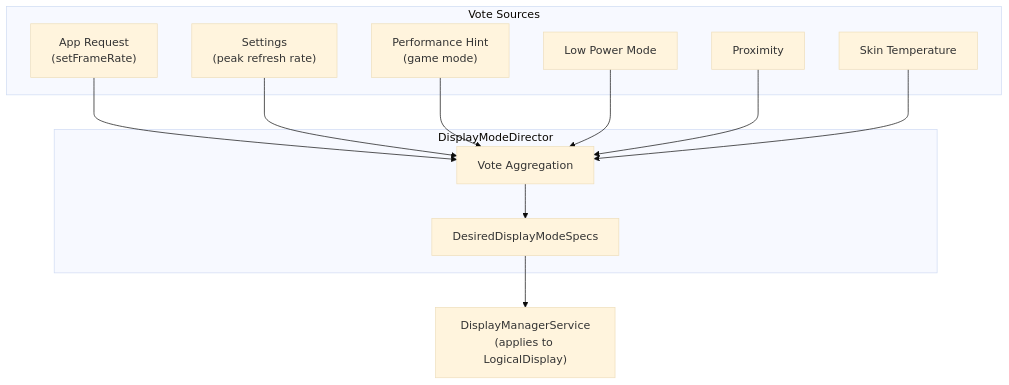
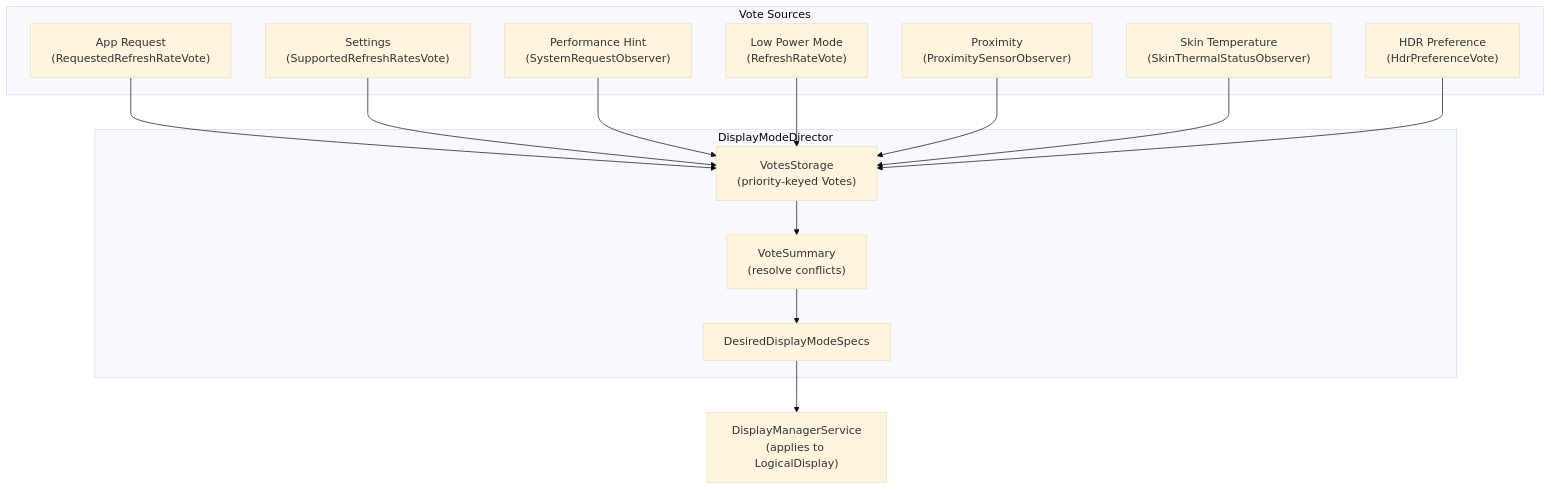
One commit to aospbooks/aosp-internal-book changed the fifth of 43 diagrams in agents/claude/skills/aosp-framework-core/24-display-system.md. Above: the diagram before and after it, drawn with Mermaid (base theme). The commit also changed other lines of this file and 232 other files, not shown here.

````diff
--- a/agents/claude/skills/aosp-framework-core/24-display-system.md
+++ b/agents/claude/skills/aosp-framework-core/24-display-system.md
@@ -355,25 +360,29 @@
 ```mermaid
 graph TD
     subgraph "Vote Sources"
-        APP["App Request<br/>(setFrameRate)"]
-        SET["Settings<br/>(peak refresh rate)"]
-        PERF["Performance Hint<br/>(game mode)"]
-        LOW["Low Power Mode"]
-        PROX["Proximity"]
-        SKIN["Skin Temperature"]
+        APP["App Request<br/>(RequestedRefreshRateVote)"]
+        SET["Settings<br/>(SupportedRefreshRatesVote)"]
+        PERF["Performance Hint<br/>(SystemRequestObserver)"]
+        LOW["Low Power Mode<br/>(RefreshRateVote)"]
+        PROX["Proximity<br/>(ProximitySensorObserver)"]
+        SKIN["Skin Temperature<br/>(SkinThermalStatusObserver)"]
+        HDR["HDR Preference<br/>(HdrPreferenceVote)"]
     end
 
     subgraph "DisplayModeDirector"
-        DIR["Vote Aggregation"]
+        VS["VotesStorage<br/>(priority-keyed Votes)"]
+        SUM["VoteSummary<br/>(resolve conflicts)"]
         SPEC["DesiredDisplayModeSpecs"]
     end
 
-    APP --> DIR
-    SET --> DIR
-    PERF --> DIR
-    LOW --> DIR
-    PROX --> DIR
-    SKIN --> DIR
-    DIR --> SPEC
+    APP --> VS
+    SET --> VS
+    PERF --> VS
+    LOW --> VS
+    PROX --> VS
+    SKIN --> VS
+    HDR --> VS
+    VS --> SUM
+    SUM --> SPEC
     SPEC --> DMS_OUT["DisplayManagerService<br/>(applies to LogicalDisplay)"]
 ```
````
